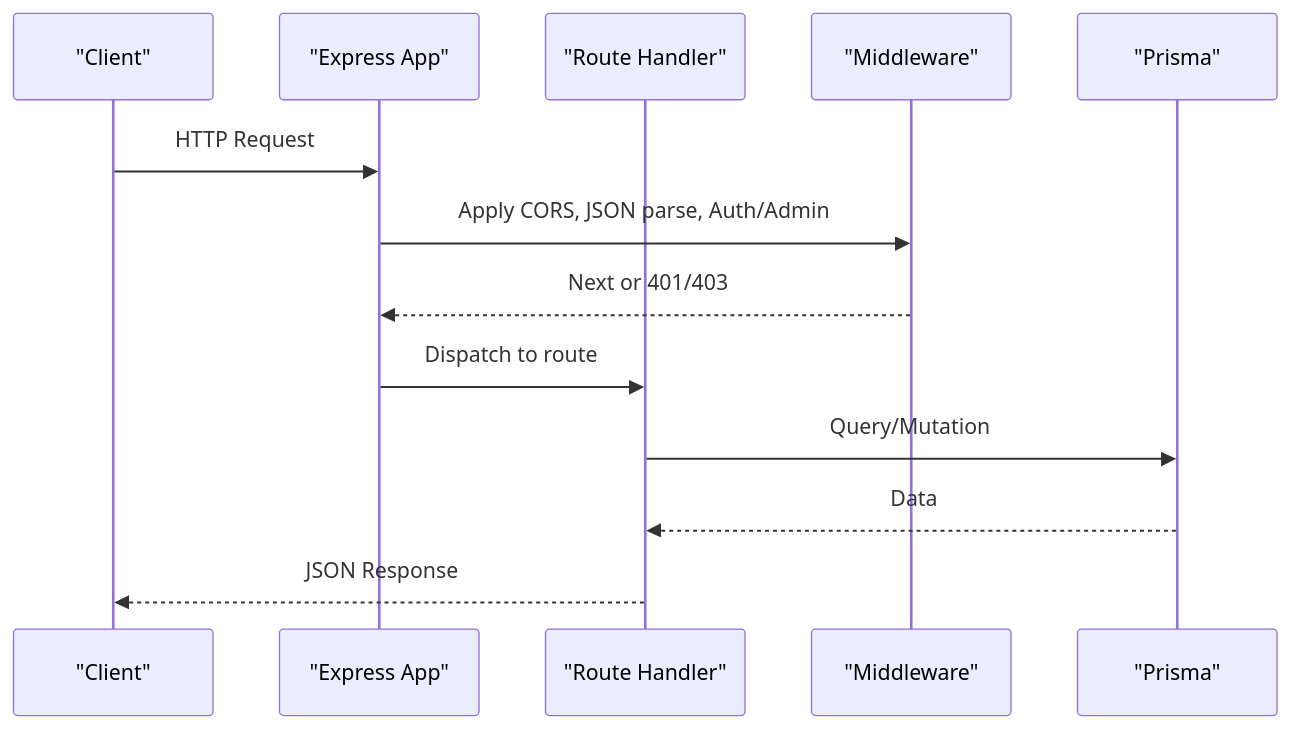
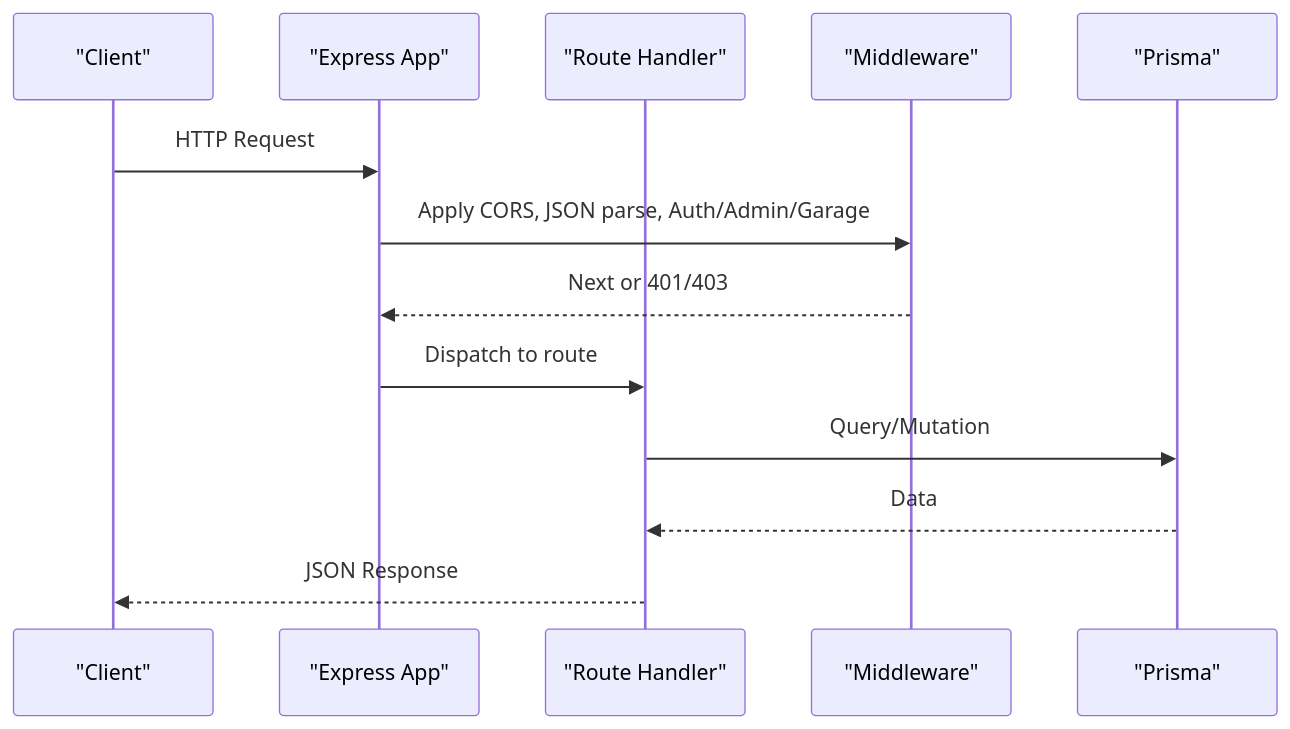
The second of 3 diagrams in .qoder/repowiki/en/content/API Reference/API Reference.md (NaveenHiranya/Smart-Vehicle-Insurance-Claim-System), drawn with Mermaid before and after one commit. The commit also changed other lines of this file and 87 other files, not shown here.

````diff
--- a/.qoder/repowiki/en/content/API Reference/API Reference.md
+++ b/.qoder/repowiki/en/content/API Reference/API Reference.md
@@ -90,15 +100,15 @@
 ```mermaid
 sequenceDiagram
 participant C as "Client"
 participant E as "Express App"
 participant R as "Route Handler"
 participant M as "Middleware"
 participant P as "Prisma"
 C->>E : HTTP Request
-E->>M : Apply CORS, JSON parse, Auth/Admin
+E->>M : Apply CORS, JSON parse, Auth/Admin/Garage
 M-->>E : Next or 401/403
 E->>R : Dispatch to route
 R->>P : Query/Mutation
 P-->>R : Data
 R-->>C : JSON Response
 ```
````
